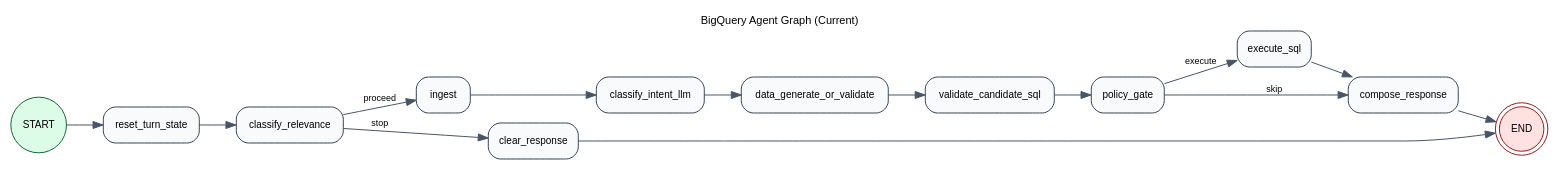
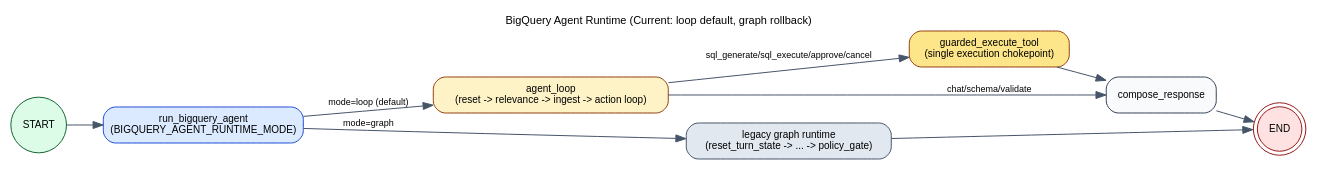
One commit to wanteddev/data-bolt changed the diagram in docs/bigquery_agent_graph_current.dot. Above: the diagram before and after it, drawn with Graphviz. The commit also changed 22 other files, not shown here.

```diff
--- a/docs/bigquery_agent_graph_current.dot
+++ b/docs/bigquery_agent_graph_current.dot
@@ -1,39 +1,28 @@
 digraph BigQueryAgentCurrent {
   rankdir=LR;
-  graph [fontname="Helvetica", fontsize=11, labelloc=t, label="BigQuery Agent Graph (Current)"];
+  graph [fontname="Helvetica", fontsize=11, labelloc=t, label="BigQuery Agent Runtime (Current: loop default, graph rollback)"];
   node [shape=box, style="rounded,filled", fillcolor="#f8fafc", color="#334155", fontname="Helvetica", fontsize=10];
   edge [color="#475569", fontname="Helvetica", fontsize=9];
 
   START [shape=circle, style="filled", fillcolor="#dcfce7", color="#166534", label="START"];
   END [shape=doublecircle, style="filled", fillcolor="#fee2e2", color="#991b1b", label="END"];
 
-  reset_turn_state;
-  classify_relevance;
-  ingest;
-  clear_response;
-  classify_intent_llm;
-  data_generate_or_validate;
-  validate_candidate_sql;
-  policy_gate;
-  execute_sql;
-  compose_response;
+  runtime_switch [label="run_bigquery_agent\n(BIGQUERY_AGENT_RUNTIME_MODE)", fillcolor="#dbeafe", color="#1d4ed8"];
+  agent_loop [label="agent_loop\n(reset -> relevance -> ingest -> action loop)", fillcolor="#fef3c7", color="#92400e"];
+  guarded_execute [label="guarded_execute_tool\n(single execution chokepoint)", fillcolor="#fde68a", color="#92400e"];
+  compose_response [label="compose_response"];
 
-  START -> reset_turn_state;
-  reset_turn_state -> classify_relevance;
+  legacy_graph [label="legacy graph runtime\n(reset_turn_state -> ... -> policy_gate)", fillcolor="#e2e8f0", color="#475569"];
 
-  classify_relevance -> ingest [label="proceed"];
-  classify_relevance -> clear_response [label="stop"];
+  START -> runtime_switch;
 
-  ingest -> classify_intent_llm;
-  clear_response -> END;
+  runtime_switch -> agent_loop [label="mode=loop (default)"];
+  runtime_switch -> legacy_graph [label="mode=graph"];
 
-  classify_intent_llm -> data_generate_or_validate;
-  data_generate_or_validate -> validate_candidate_sql;
-  validate_candidate_sql -> policy_gate;
+  agent_loop -> guarded_execute [label="sql_generate/sql_execute/approve/cancel"];
+  agent_loop -> compose_response [label="chat/schema/validate"];
+  guarded_execute -> compose_response;
 
-  policy_gate -> execute_sql [label="execute"];
-  policy_gate -> compose_response [label="skip"];
-
-  execute_sql -> compose_response;
   compose_response -> END;
+  legacy_graph -> END;
 }
```
